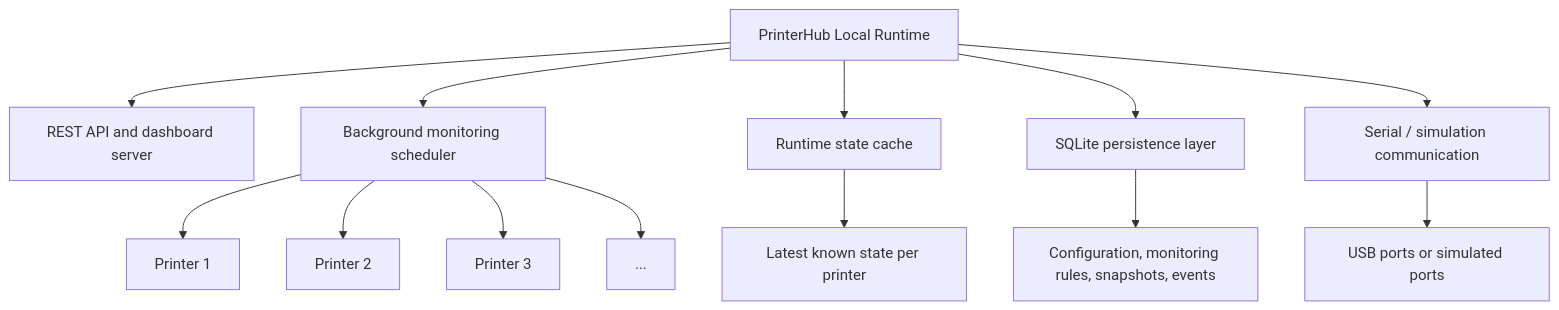
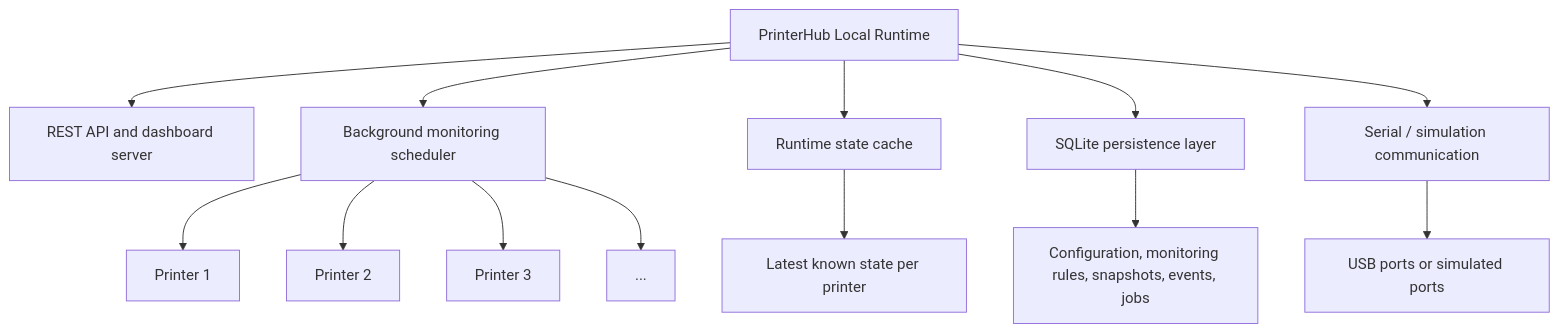
Before and after one commit to nathabee/printer-hub: the first of 3 diagrams in README.md, drawn with Mermaid. The commit also changed other lines of this file and 45 other files, not shown here.

````diff
--- a/README.md
+++ b/README.md
@@ -42,19 +46,19 @@
 ```mermaid
 flowchart TB
     runtime["PrinterHub Local Runtime"]
 
     runtime --> api["REST API and dashboard server"]
     runtime --> monitor["Background monitoring scheduler"]
     runtime --> cache["Runtime state cache"]
     runtime --> persistence["SQLite persistence layer"]
     runtime --> serial["Serial / simulation communication"]
 
     monitor --> p1["Printer 1"]
     monitor --> p2["Printer 2"]
     monitor --> p3["Printer 3"]
     monitor --> px["..."]
 
     cache --> latest["Latest known state per printer"]
-    persistence --> data["Configuration, monitoring rules, snapshots, events"]
+    persistence --> data["Configuration, monitoring rules, snapshots, events, jobs"]
     serial --> ports["USB ports or simulated ports"]
 ```
````
